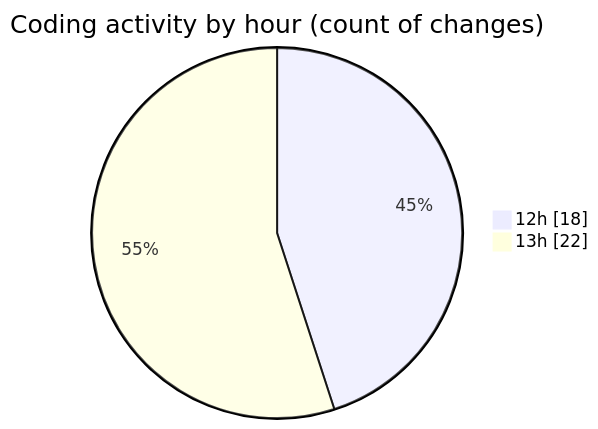
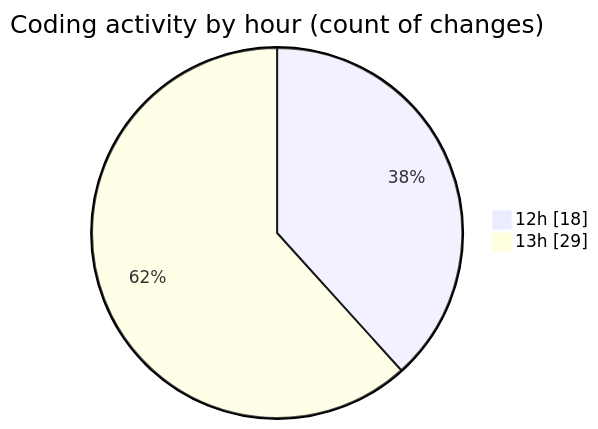
One commit to Netris89/code-tracking changed the second of 2 diagrams in 2025-05-04/date/README.md. Above: the diagram before and after it, drawn with Mermaid. The commit also changed other lines of this file and 1 other file, not shown here.

````diff
--- a/2025-05-04/date/README.md
+++ b/2025-05-04/date/README.md
@@ -38,6 +40,6 @@
 ```mermaid
 pie showData
 title Coding activity by hour (count of changes)
 "12h" : 18
-"13h" : 22
+"13h" : 29
 ```
````
